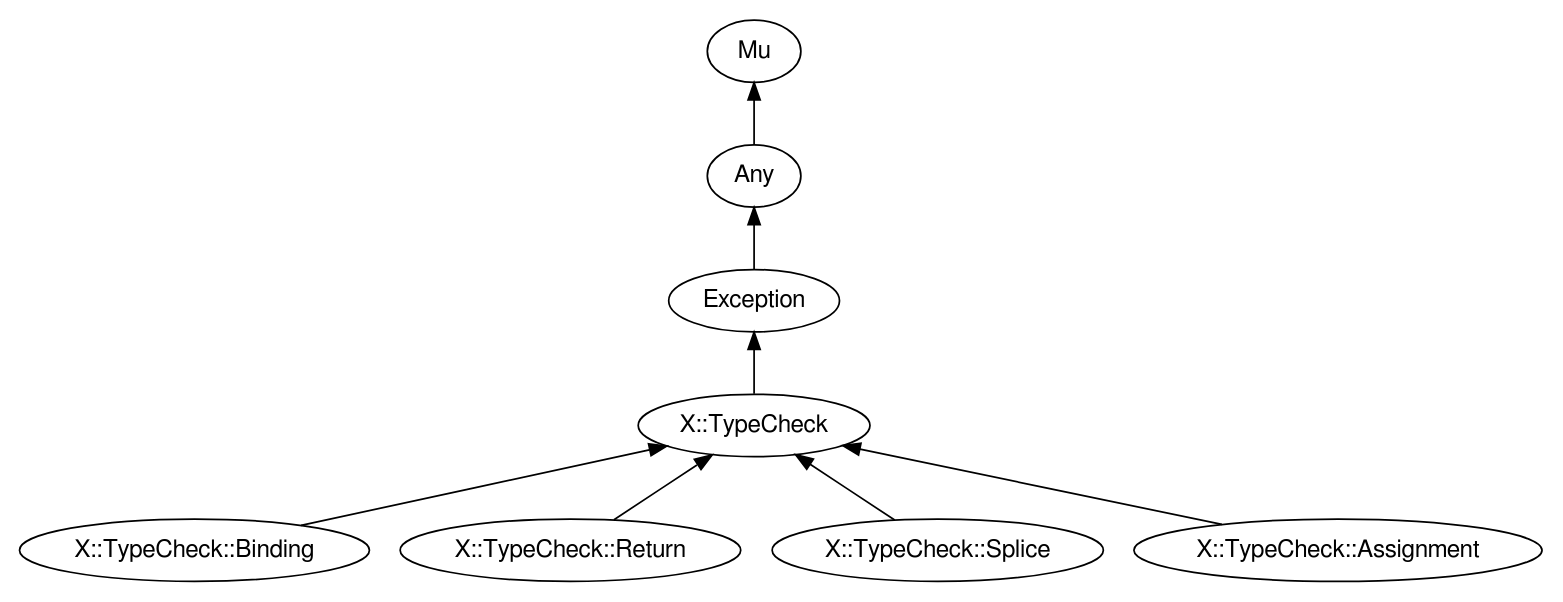
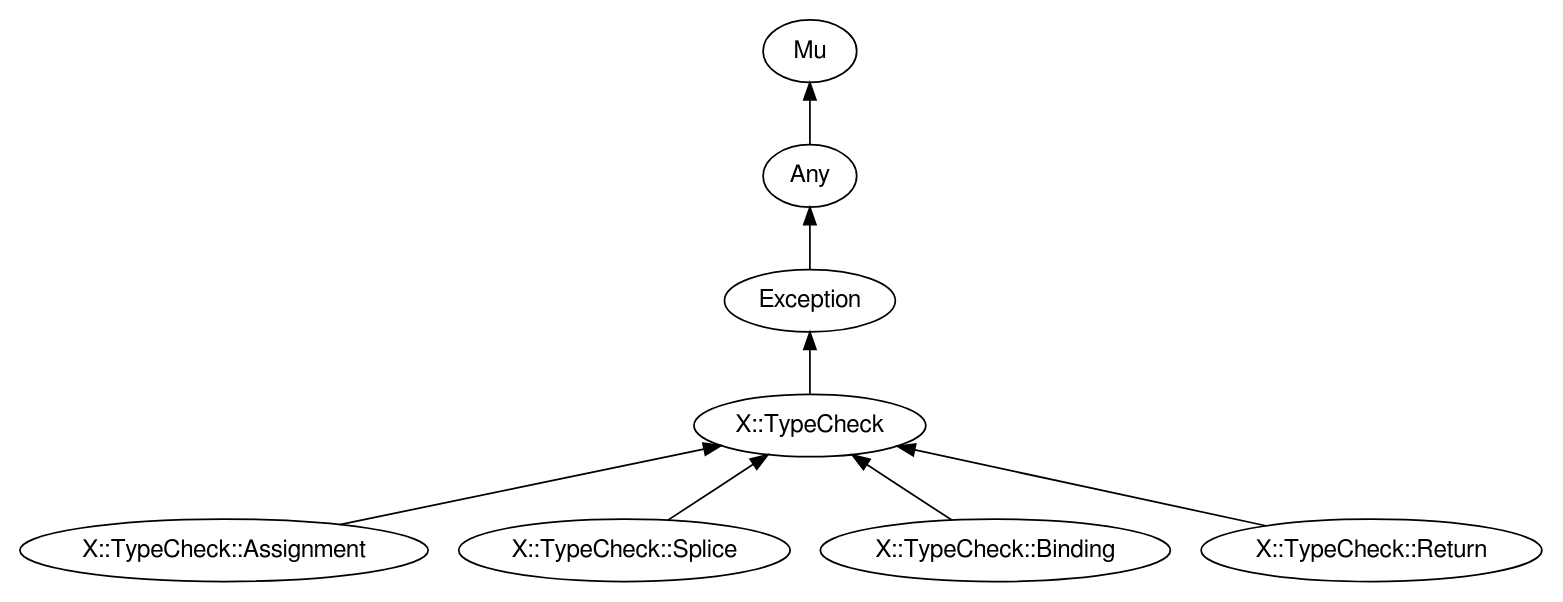
Before and after one commit to rakudocs/rakudocs.github.io: the diagram in images/type-graph-X::TypeCheck.svg.dot, drawn with Graphviz. The commit also changed other lines of this file and 863 other files, not shown here.

```diff
--- a/images/type-graph-X::TypeCheck.svg.dot
+++ b/images/type-graph-X::TypeCheck.svg.dot
@@ -1,25 +1,25 @@
 digraph "perl6-type-graph" {
     rankdir=BT;
     splines=polyline;
     overlap=false; 
     // Types
     "X::TypeCheck" [color="#000000", fontcolor="#000000", href="/type/X::TypeCheck", fontname="FreeSans"];
     "Mu" [color="#000000", fontcolor="#000000", href="/type/Mu", fontname="FreeSans"];
     "Any" [color="#000000", fontcolor="#000000", href="/type/Any", fontname="FreeSans"];
     "Exception" [color="#000000", fontcolor="#000000", href="/type/Exception", fontname="FreeSans"];
+    "X::TypeCheck::Assignment" [color="#000000", fontcolor="#000000", href="/type/X::TypeCheck::Assignment", fontname="FreeSans"];
+    "X::TypeCheck::Splice" [color="#000000", fontcolor="#000000", href="/type/X::TypeCheck::Splice", fontname="FreeSans"];
     "X::TypeCheck::Binding" [color="#000000", fontcolor="#000000", href="/type/X::TypeCheck::Binding", fontname="FreeSans"];
     "X::TypeCheck::Return" [color="#000000", fontcolor="#000000", href="/type/X::TypeCheck::Return", fontname="FreeSans"];
-    "X::TypeCheck::Splice" [color="#000000", fontcolor="#000000", href="/type/X::TypeCheck::Splice", fontname="FreeSans"];
-    "X::TypeCheck::Assignment" [color="#000000", fontcolor="#000000", href="/type/X::TypeCheck::Assignment", fontname="FreeSans"];
 
     // Superclasses
     "X::TypeCheck" -> "Exception" [color="#000000"];
     "Any" -> "Mu" [color="#000000"];
     "Exception" -> "Any" [color="#000000"];
+    "X::TypeCheck::Assignment" -> "X::TypeCheck" [color="#000000"];
+    "X::TypeCheck::Splice" -> "X::TypeCheck" [color="#000000"];
     "X::TypeCheck::Binding" -> "X::TypeCheck" [color="#000000"];
     "X::TypeCheck::Return" -> "X::TypeCheck" [color="#000000"];
-    "X::TypeCheck::Splice" -> "X::TypeCheck" [color="#000000"];
-    "X::TypeCheck::Assignment" -> "X::TypeCheck" [color="#000000"];
 
     // Roles
 }
```
